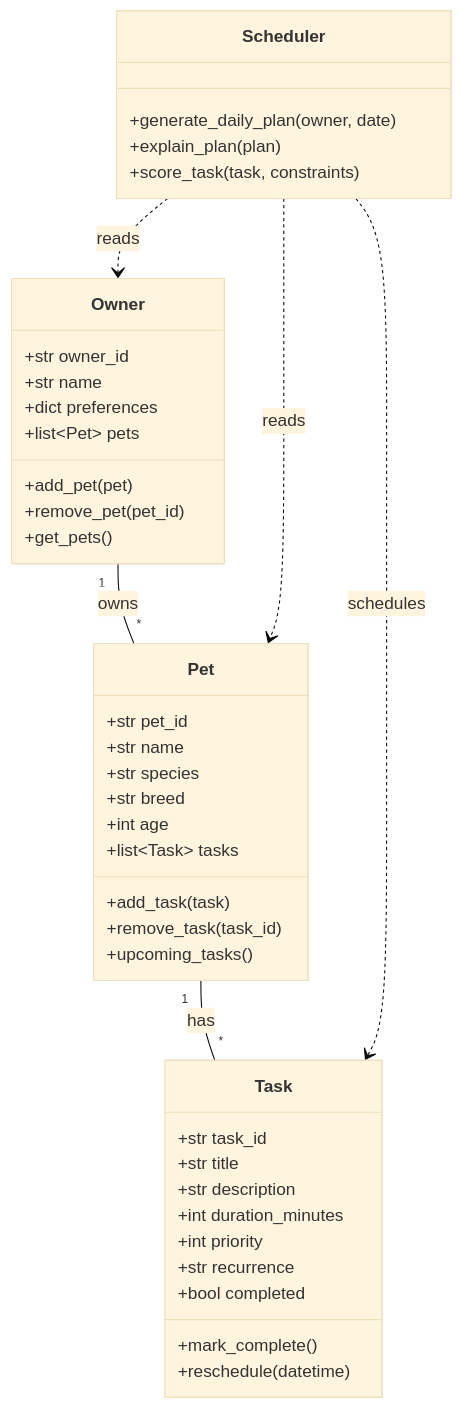
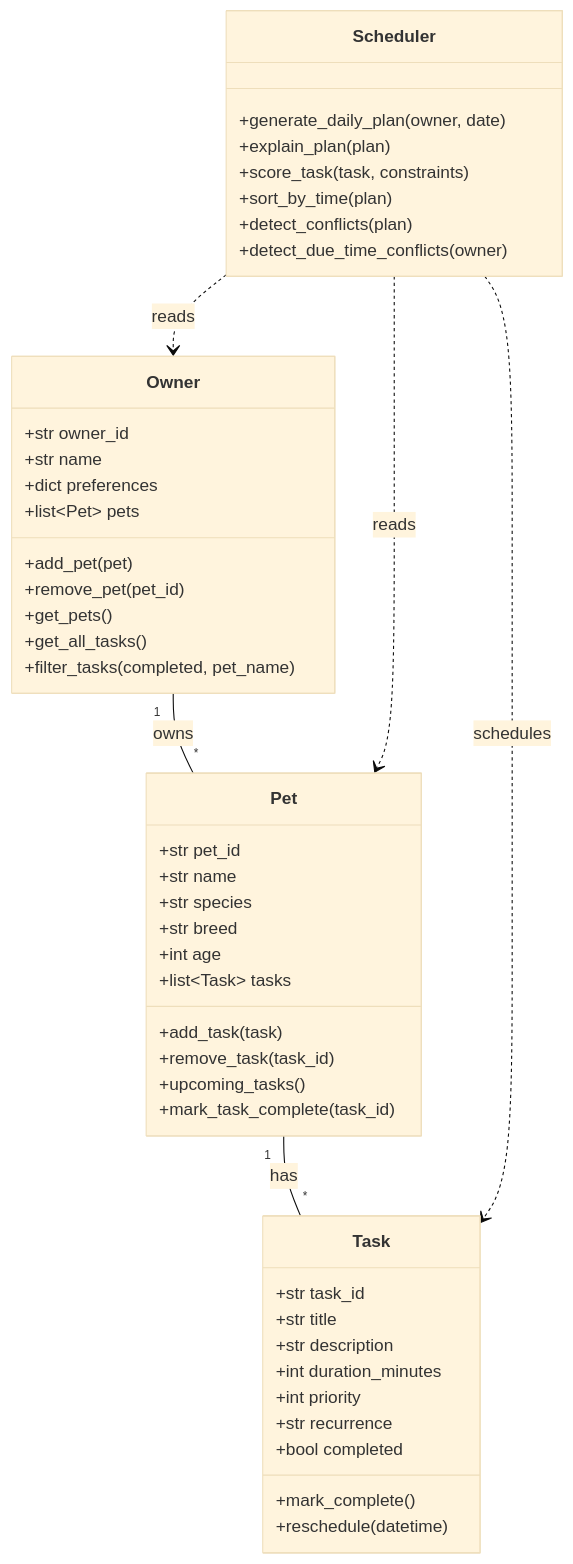
One commit to FredericaAboagye/ai110-module2show-pawpal-starter changed the diagram in class_diagram.mmd. Above: the diagram before and after it, drawn with Mermaid (base theme). The commit also changed 4 other files, not shown here.

Commit message:
chore: polish UI, update UML, add docs & reflection

```diff
--- a/class_diagram.mmd
+++ b/class_diagram.mmd
@@ -1,46 +1,52 @@
 classDiagram
     class Owner {
       +str owner_id
       +str name
       +dict preferences
       +list~Pet~ pets
       +add_pet(pet)
       +remove_pet(pet_id)
       +get_pets()
+      +get_all_tasks()
+      +filter_tasks(completed, pet_name)
     }
 
     class Pet {
       +str pet_id
       +str name
       +str species
       +str breed
       +int age
       +list~Task~ tasks
       +add_task(task)
       +remove_task(task_id)
       +upcoming_tasks()
+      +mark_task_complete(task_id)
     }
 
     class Task {
       +str task_id
       +str title
       +str description
       +int duration_minutes
       +int priority
       +str recurrence
       +bool completed
       +mark_complete()
       +reschedule(datetime)
     }
 
     class Scheduler {
       +generate_daily_plan(owner, date)
       +explain_plan(plan)
       +score_task(task, constraints)
+      +sort_by_time(plan)
+      +detect_conflicts(plan)
+      +detect_due_time_conflicts(owner)
     }
 
     Owner "1" -- "*" Pet : owns
     Pet "1" -- "*" Task : has
     Scheduler ..> Owner : reads
     Scheduler ..> Pet : reads
     Scheduler ..> Task : schedules
```
